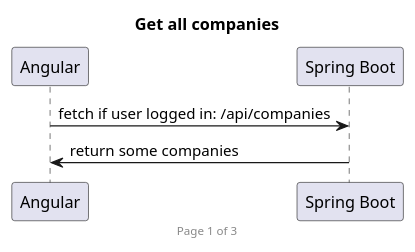
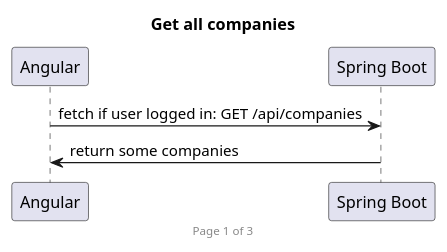
One commit to geyuqiu/presentations changed the diagram in docs/diagramm/jhipsterSequenceDiagram.puml. Above: the diagram before and after it, drawn with PlantUML. The commit also changed 5 other files, not shown here.

```diff
--- a/docs/diagramm/jhipsterSequenceDiagram.puml
+++ b/docs/diagramm/jhipsterSequenceDiagram.puml
@@ -1,8 +1,8 @@
 @startuml
 
 footer Page 1 of 3
 
 title Get all companies
-Angular -> "Spring Boot": fetch if user logged in: /api/companies
+Angular -> "Spring Boot": fetch if user logged in: GET /api/companies
 "Spring Boot" -> Angular: return some companies
 @enduml
```
